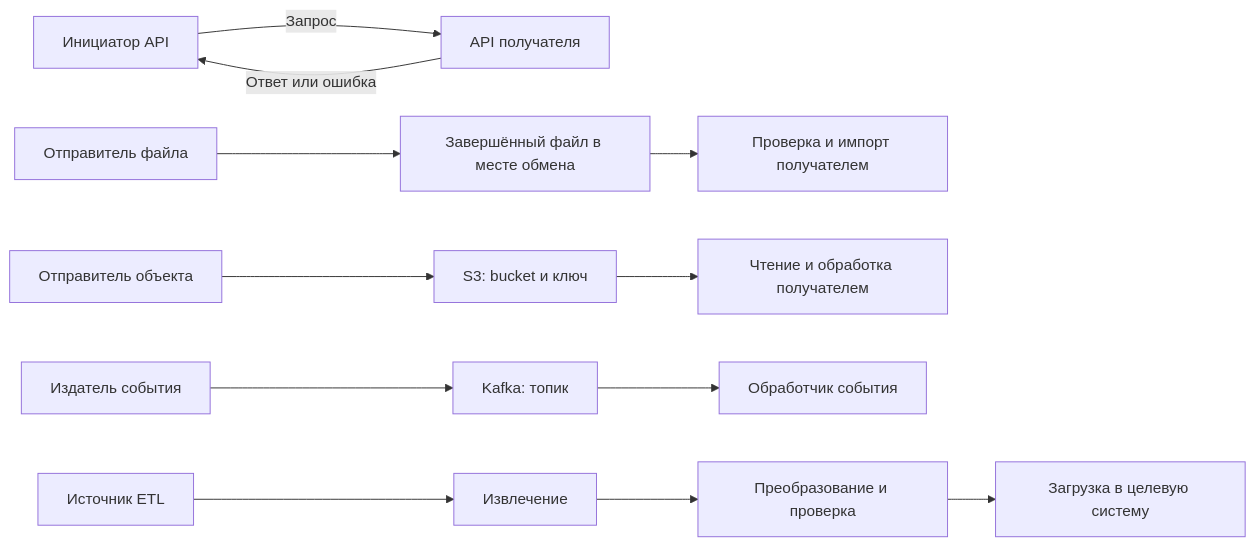
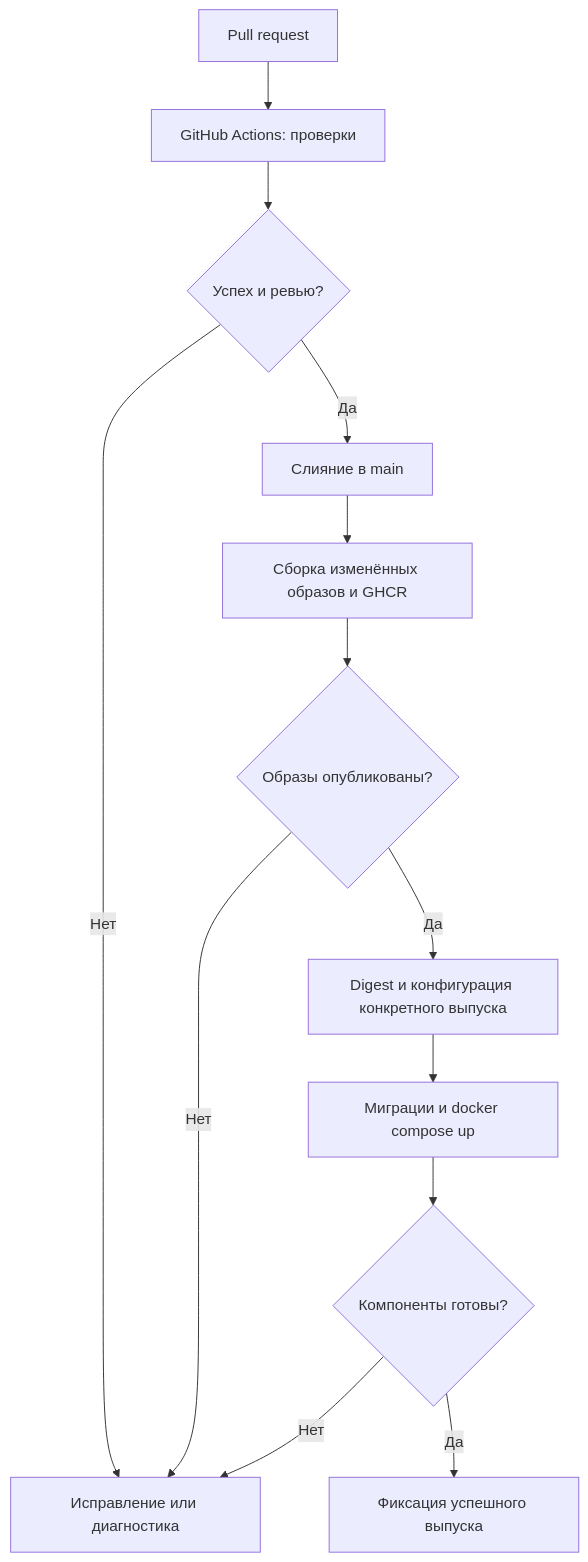
The sixth of 6 diagrams in infra/vision.md (MEPhI-C22-501/arch-info-system-monorepo), drawn with Mermaid before and after one commit. The commit also changed other lines of this file and 5 other files, not shown here.

Commit message:
Consolidate infrastructure vision and integration architecture

````diff
--- a/infra/vision.md
+++ b/infra/vision.md
@@ -114,14 +246,15 @@
 ```mermaid
-flowchart LR
-    A[Инициатор API] -->|Запрос| B[API получателя]
-    B -->|Ответ или ошибка| A
-    C[Отправитель файла] --> D[Завершённый файл в месте обмена]
-    D --> E[Проверка и импорт получателем]
-    F[Отправитель объекта] --> G[S3: bucket и ключ]
-    G --> H[Чтение и обработка получателем]
-    I[Издатель события] --> J[Kafka: топик]
-    J --> K[Обработчик события]
-    L[Источник ETL] --> M[Извлечение]
-    M --> N[Преобразование и проверка]
-    N --> O[Загрузка в целевую систему]
+flowchart TD
+    A[Pull request] --> B[GitHub Actions: проверки]
+    B --> C{Успех и ревью?}
+    C -->|Нет| X[Исправление или диагностика]
+    C -->|Да| D[Слияние в main]
+    D --> E[Сборка изменённых образов и GHCR]
+    E --> F{Образы опубликованы?}
+    F -->|Нет| X
+    F -->|Да| G[Digest и конфигурация конкретного выпуска]
+    G --> H[Миграции и docker compose up]
+    H --> I{Компоненты готовы?}
+    I -->|Нет| X
+    I -->|Да| J[Фиксация успешного выпуска]
 ```
````
